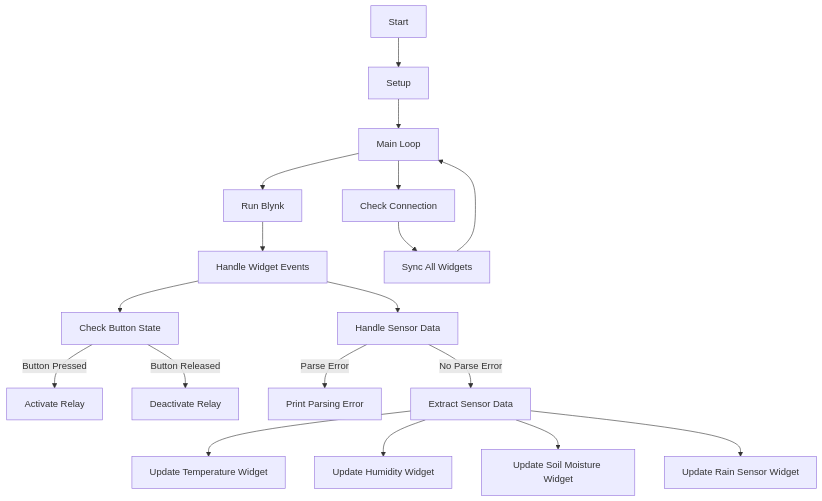
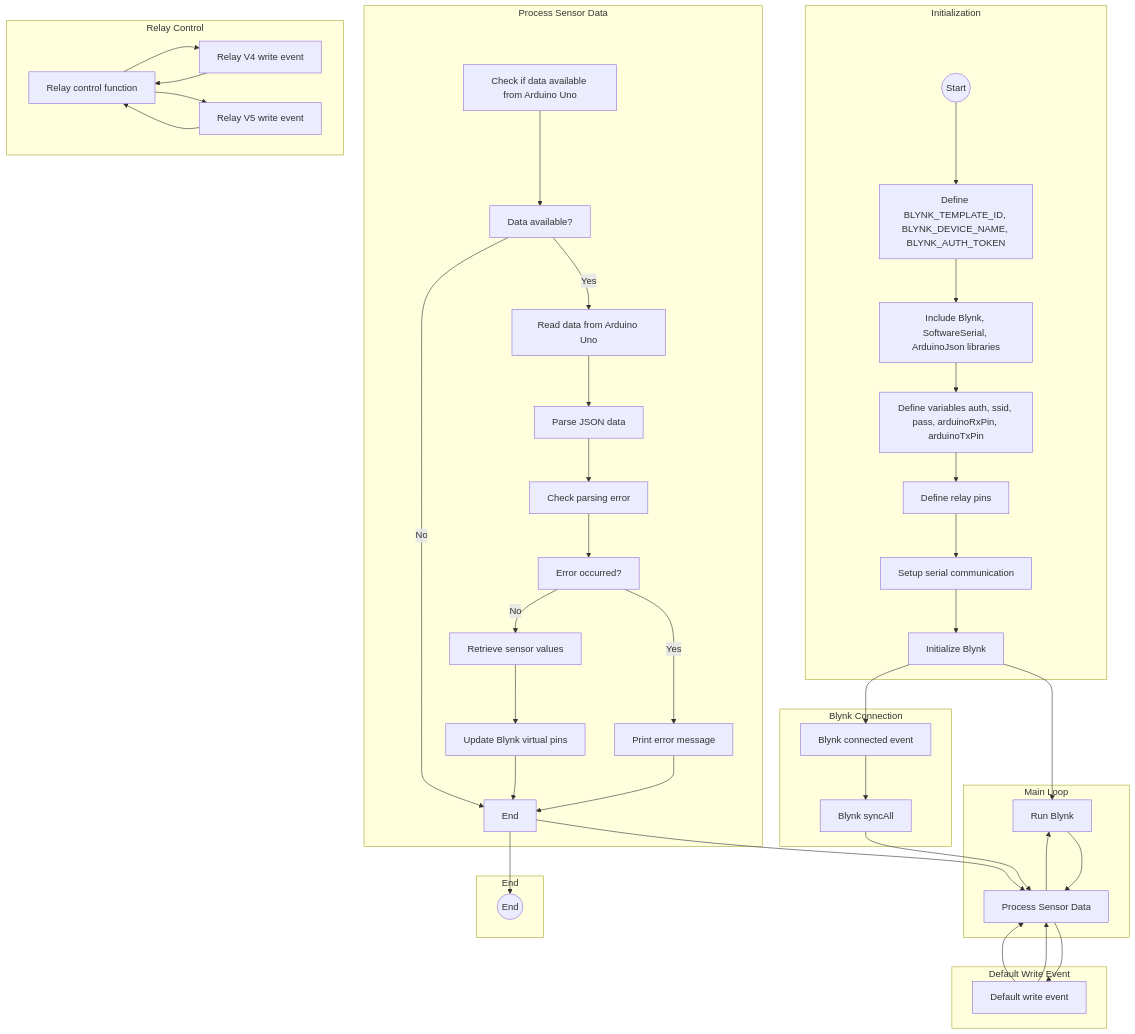
Before and after one commit to 1999AZZAR/Smart-Irrigation-System: the diagram in code/advance/code2/readme.md, drawn with Mermaid.

````diff
--- a/code/advance/code2/readme.md
+++ b/code/advance/code2/readme.md
@@ -58,21 +58,75 @@
 ```mermaid
-graph TD
+flowchart TD
+    subgraph Initialization
+        st((Start))
+        op1[Define BLYNK_TEMPLATE_ID, BLYNK_DEVICE_NAME, BLYNK_AUTH_TOKEN]
+        op2[Include Blynk, SoftwareSerial, ArduinoJson libraries]
+        op3[Define variables auth, ssid, pass, arduinoRxPin, arduinoTxPin]
+        op4[Define relay pins]
+        op5[Setup serial communication]
+        op6[Initialize Blynk]
+    end
 
-A[Start] --> B[Setup]
-B --> C[Main Loop]
-C --> D[Run Blynk]
-D --> E[Handle Widget Events]
-E --> F[Check Button State]
-F -- Button Pressed --> G[Activate Relay]
-F -- Button Released --> H[Deactivate Relay]
-E --> I[Handle Sensor Data]
-I -- Parse Error --> J[Print Parsing Error]
-I -- No Parse Error --> K[Extract Sensor Data]
-K --> L[Update Temperature Widget]
-K --> M[Update Humidity Widget]
-K --> N[Update Soil Moisture Widget]
-K --> O[Update Rain Sensor Widget]
-C --> P[Check Connection]
-P --> Q[Sync All Widgets]
-Q --> C
+    st --> op1 --> op2 --> op3 --> op4 --> op5 --> op6
+
+    subgraph Main Loop
+        op7[Run Blynk]
+        op8[Process Sensor Data]
+        op7 --> op8
+        op8 --> op7
+    end
+
+    op6 --> op7
+
+    subgraph Process Sensor Data
+        op9[Check if data available from Arduino Uno]
+        cond1[Data available?]
+        op9 --> cond1
+        cond1 -- Yes --> op10[Read data from Arduino Uno]
+        op10 --> op11[Parse JSON data]
+        cond1 -- No --> op12[End]
+        op11 --> op13[Check parsing error]
+        cond2[Error occurred?]
+        op13 --> cond2
+        cond2 -- Yes --> op14[Print error message]
+        cond2 -- No --> op15[Retrieve sensor values]
+        op15 --> op16[Update Blynk virtual pins]
+        op14 --> op12
+        op16 --> op12
+        op12 --> op8
+    end
+
+    subgraph Relay Control
+        op17[Relay control function]
+        op18[Relay V4 write event]
+        op19[Relay V5 write event]
+        op17 --> op18
+        op17 --> op19
+    end
+
+    op18 --> op17
+    op19 --> op17
+
+    subgraph Blynk Connection
+        op20[Blynk connected event]
+        op21[Blynk syncAll]
+        op20 --> op21
+        op21 --> op8
+    end
+
+    op6 --> op20
+
+    subgraph Default Write Event
+        op22[Default write event]
+        op22 --> op8
+    end
+
+    op8 --> op22
+    op22 --> op8
+
+    subgraph End
+        e((End))
+    end
+
+    op12 --> e
 ```
````
